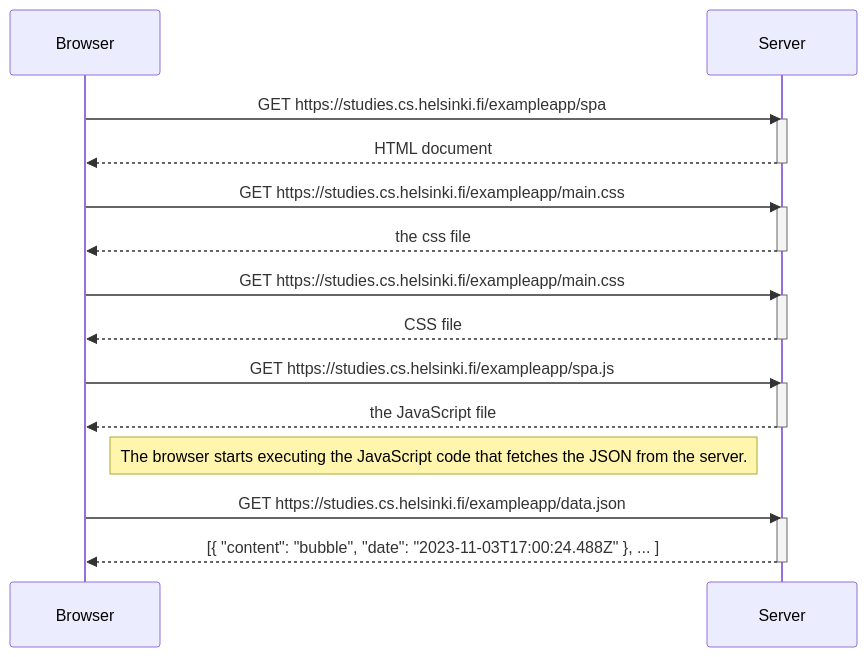
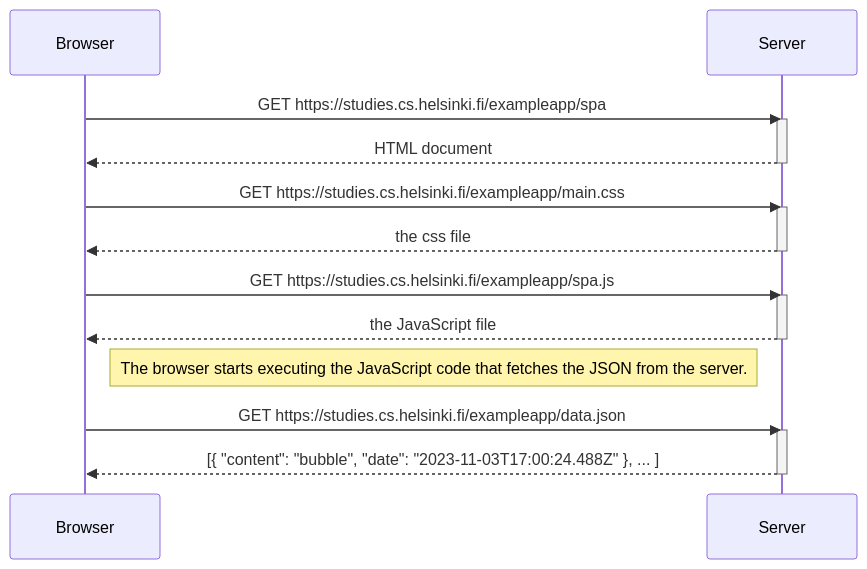
The second of 2 diagrams in README.md (JohnBadri/fos-part0), drawn with Mermaid before and after one commit.

Commit message:
Fixed exercise 05

````diff
--- a/README.md
+++ b/README.md
@@ -41,32 +41,27 @@
 ```mermaid
 sequenceDiagram
     participant browser as Browser
     participant server as Server
 
     browser->>server: GET https://studies.cs.helsinki.fi/exampleapp/spa
     activate server
     server-->>browser: HTML document
     deactivate server
 
     browser->>server: GET https://studies.cs.helsinki.fi/exampleapp/main.css
     activate server
     server-->>browser: the css file
     deactivate server
 
-    browser->>server: GET https://studies.cs.helsinki.fi/exampleapp/main.css
-    activate server
-    server-->>browser: CSS file
-    deactivate server
-
     browser->>server: GET https://studies.cs.helsinki.fi/exampleapp/spa.js
     activate server
     server-->>browser: the JavaScript file
     deactivate server
 
     Note right of browser: The browser starts executing the JavaScript code that fetches the JSON from the server.
 
     browser->>server: GET https://studies.cs.helsinki.fi/exampleapp/data.json
     activate server
     server-->>browser: [{ "content": "bubble", "date": "2023-11-03T17:00:24.488Z" }, ... ]
     deactivate server
 ```
````
